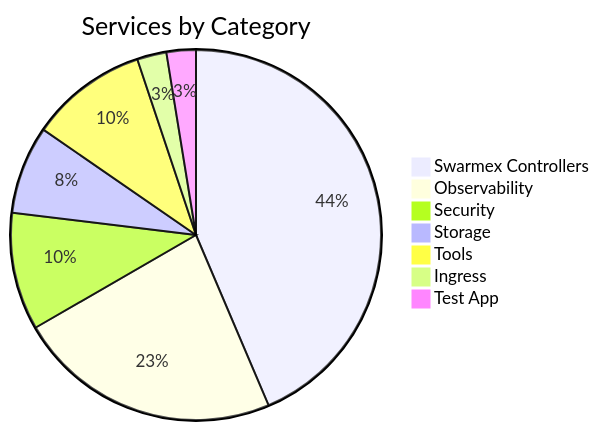
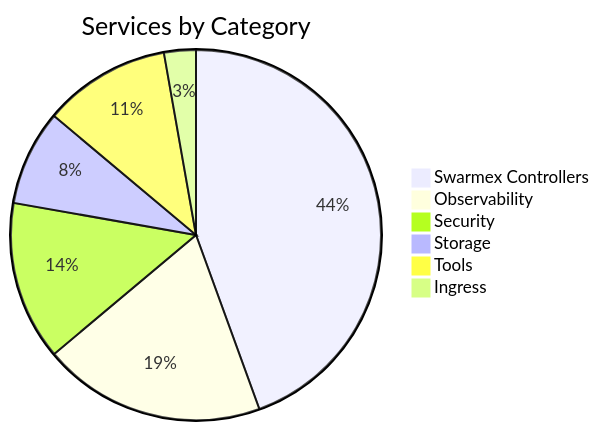
Before and after one commit to ccvass/swarmex: the second of 3 diagrams in README.md, drawn with Mermaid. The commit also changed other lines of this file and 2 other files, not shown here.

````diff
--- a/README.md
+++ b/README.md
@@ -200,10 +200,9 @@
 ```mermaid
 pie title Services by Category
-    "Swarmex Controllers" : 17
-    "Observability" : 9
-    "Security" : 4
+    "Swarmex Controllers" : 16
+    "Observability" : 7
+    "Security" : 5
     "Storage" : 3
     "Tools" : 4
     "Ingress" : 1
-    "Test App" : 1
 ```
````
